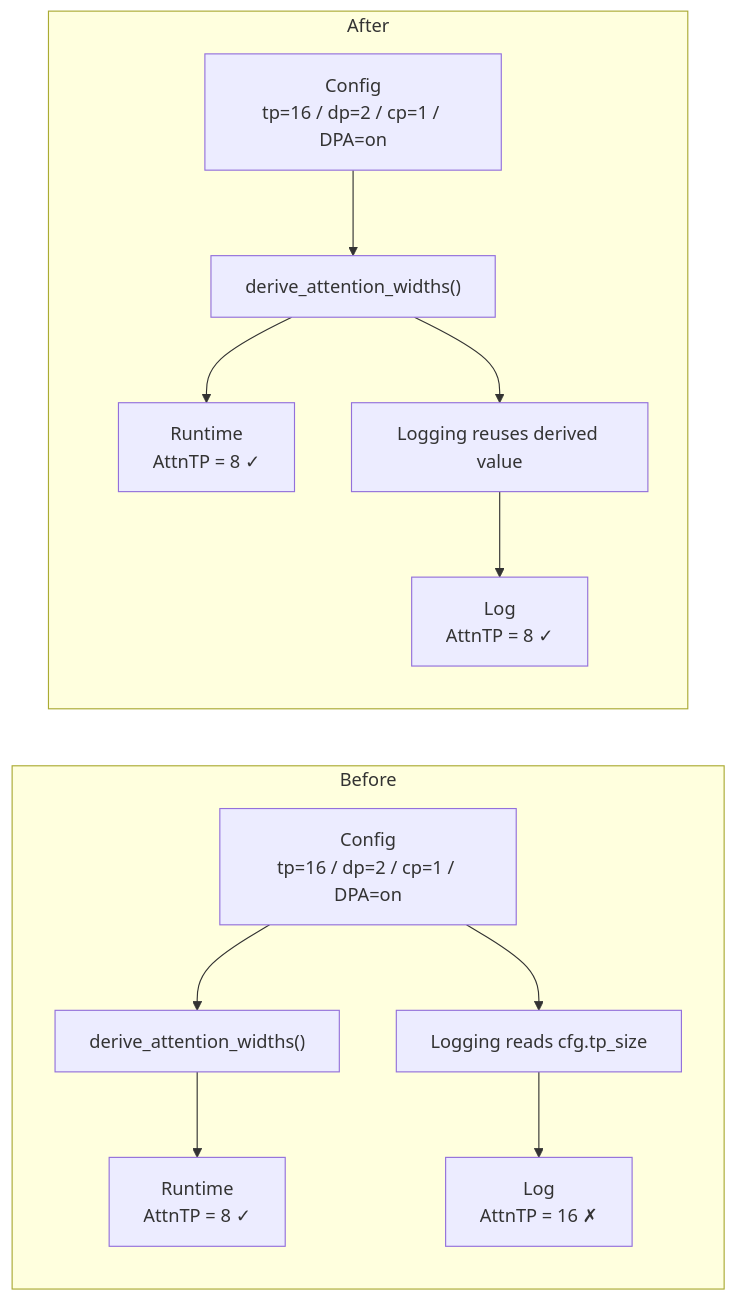
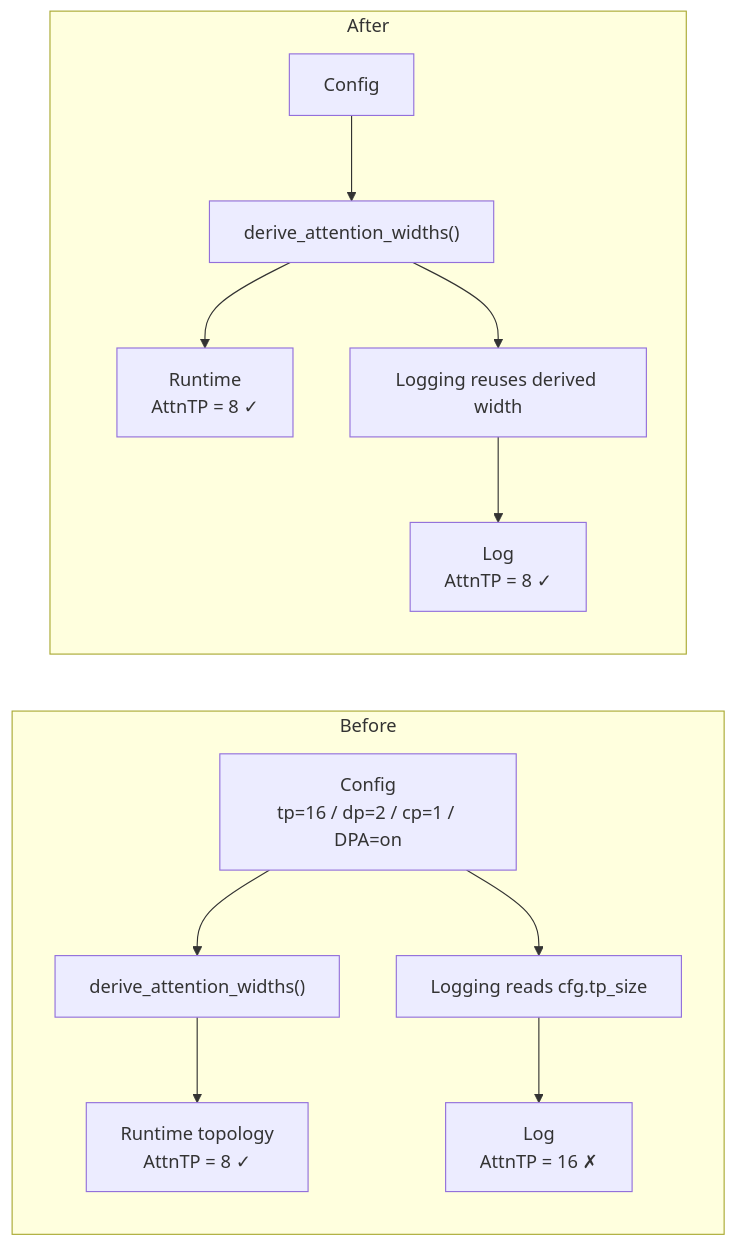
The second of 2 diagrams in docs/pr-reviews/sglang-pr-39871-attention-parallel-widths.md (AkiYangDev/llm-inference-notes), drawn with Mermaid before and after one commit. The commit also changed other lines of this file and 3 other files, not shown here.

````diff
--- a/docs/pr-reviews/sglang-pr-39871-attention-parallel-widths.md
+++ b/docs/pr-reviews/sglang-pr-39871-attention-parallel-widths.md
@@ -295,25 +280,25 @@
 ```mermaid
 flowchart LR
     subgraph B[Before]
         direction TB
         BC["Config<br/>tp=16 / dp=2 / cp=1 / DPA=on"]
         BD["derive_attention_widths()"]
-        BR["Runtime<br/>AttnTP = 8 ✓"]
+        BR["Runtime topology<br/>AttnTP = 8 ✓"]
         BL["Logging reads cfg.tp_size"]
         BW["Log<br/>AttnTP = 16 ✗"]
         BC --> BD --> BR
         BC --> BL --> BW
     end
 
     subgraph A[After]
         direction TB
-        AC["Config<br/>tp=16 / dp=2 / cp=1 / DPA=on"]
+        AC["Config"]
         AD["derive_attention_widths()"]
         AR["Runtime<br/>AttnTP = 8 ✓"]
-        AL["Logging reuses derived value"]
+        AL["Logging reuses derived width"]
         AW["Log<br/>AttnTP = 8 ✓"]
         AC --> AD
         AD --> AR
         AD --> AL --> AW
     end
 ```
````
